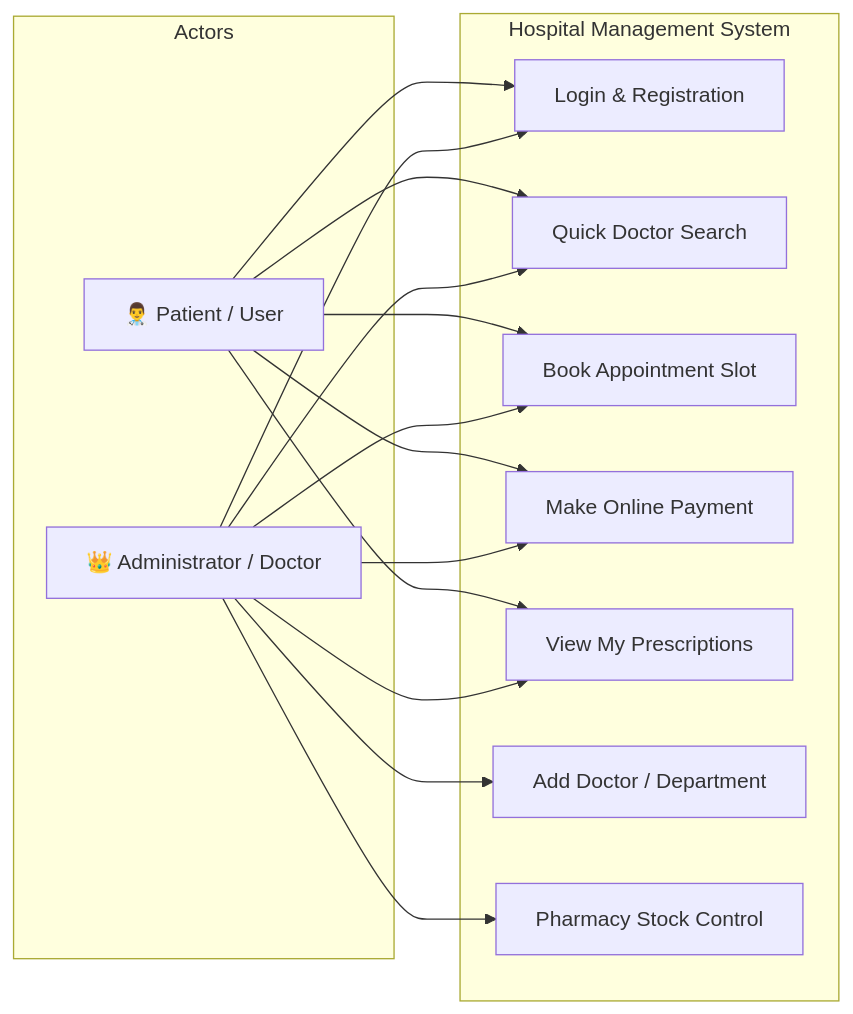
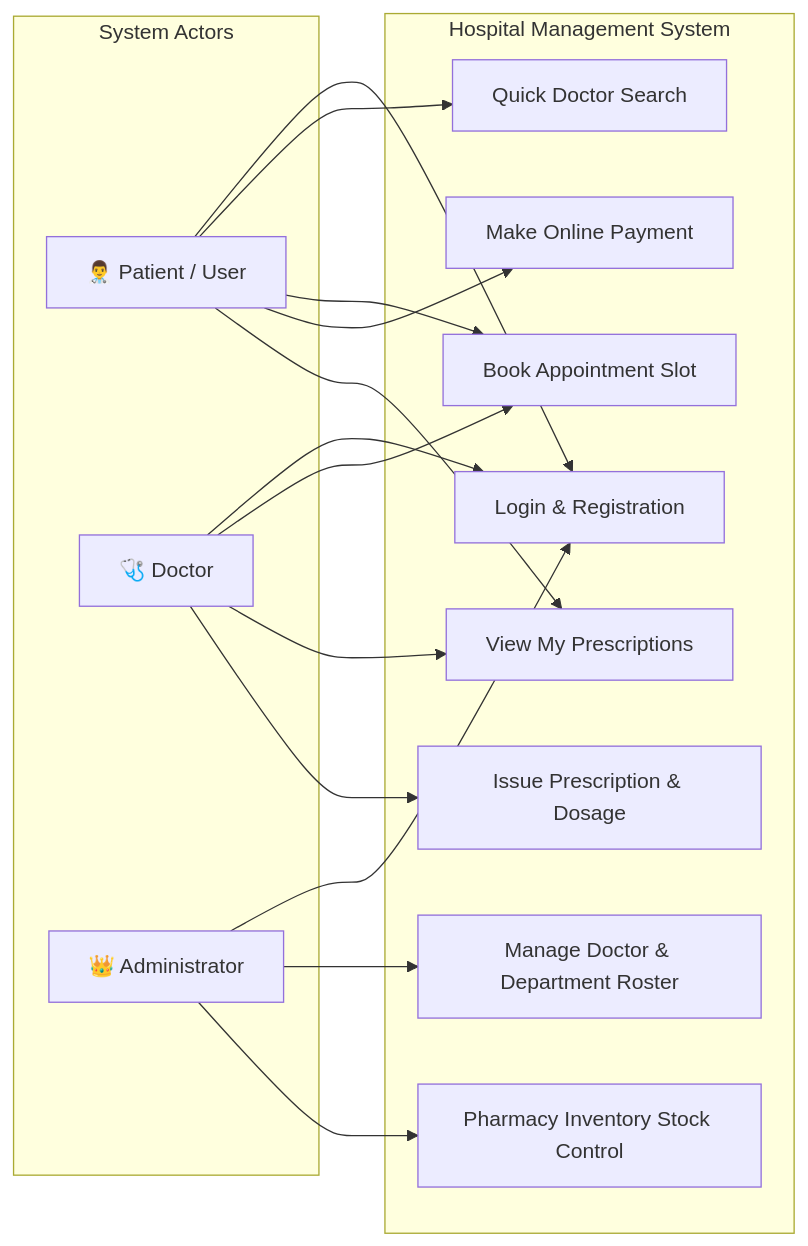
The first of 3 diagrams in README.md (utkarshpawade1234/Hospital-Management-System), drawn with Mermaid before and after one commit. The commit also changed other lines of this file and 1 other file, not shown here.

````diff
--- a/README.md
+++ b/README.md
@@ -86,31 +105,34 @@
 ```mermaid
 graph LR
-    subgraph Users ["Actors"]
+    subgraph Users ["System Actors"]
         Patient["👨‍⚕️ Patient / User"]
-        Admin["👑 Administrator / Doctor"]
+        Doctor["🩺 Doctor"]
+        Admin["👑 Administrator"]
     end
 
     subgraph HMS ["Hospital Management System"]
         UC1["Login & Registration"]
         UC2["Quick Doctor Search"]
         UC3["Book Appointment Slot"]
         UC4["Make Online Payment"]
         UC5["View My Prescriptions"]
-        UC6["Add Doctor / Department"]
-        UC7["Pharmacy Stock Control"]
+        UC6["Issue Prescription & Dosage"]
+        UC7["Manage Doctor & Department Roster"]
+        UC8["Pharmacy Inventory Stock Control"]
     end
 
     Patient --> UC1
     Patient --> UC2
     Patient --> UC3
     Patient --> UC4
     Patient --> UC5
 
+    Doctor --> UC1
+    Doctor --> UC3
+    Doctor --> UC5
+    Doctor --> UC6
+
     Admin --> UC1
-    Admin --> UC2
-    Admin --> UC3
-    Admin --> UC4
-    Admin --> UC5
-    Admin --> UC6
     Admin --> UC7
+    Admin --> UC8
 ```
````
